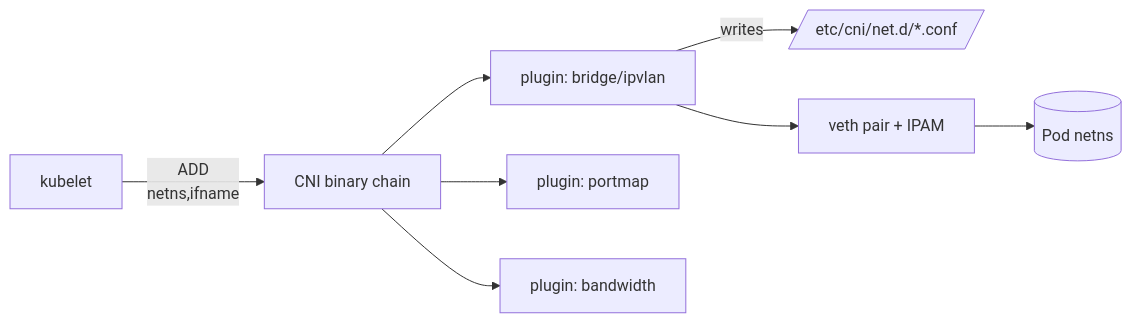
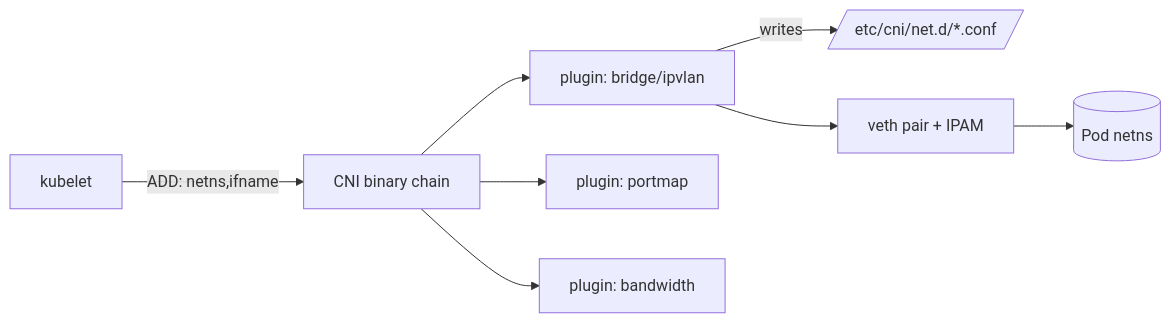
Before and after one commit to srinivaskona7/devops-learning: the first of 2 diagrams in 09-interview-prep/03-kubernetes-internals/cni-deep-dive.md, drawn with Mermaid. The commit also changed other lines of this file and 220 other files, not shown here.

````diff
--- a/09-interview-prep/03-kubernetes-internals/cni-deep-dive.md
+++ b/09-interview-prep/03-kubernetes-internals/cni-deep-dive.md
@@ -14,10 +14,10 @@
 ```mermaid
 flowchart LR
-  K[kubelet] -->|ADD<br/>netns,ifname| C[CNI binary chain]
+  K[kubelet] -->|ADD: netns,ifname| C[CNI binary chain]
   C --> P1[plugin: bridge/ipvlan]
   C --> P2[plugin: portmap]
   C --> P3[plugin: bandwidth]
   P1 -->|writes| N[/etc/cni/net.d/*.conf/]
   P1 --> R[veth pair + IPAM]
   R --> Pod[(Pod netns)]
 ```
````
